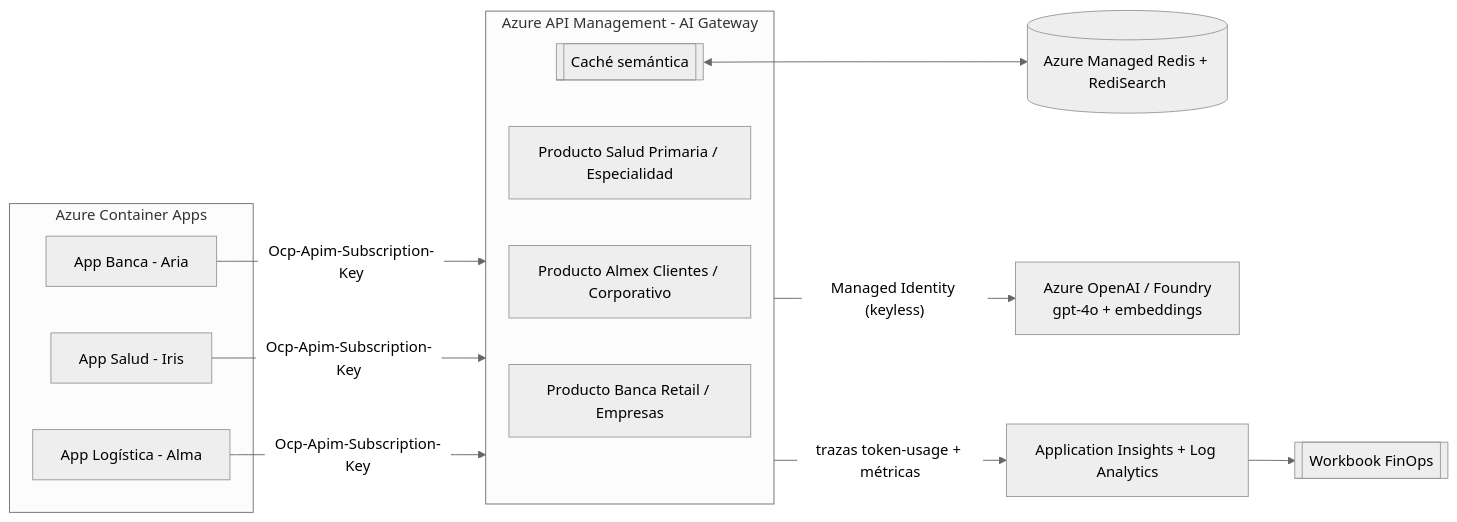
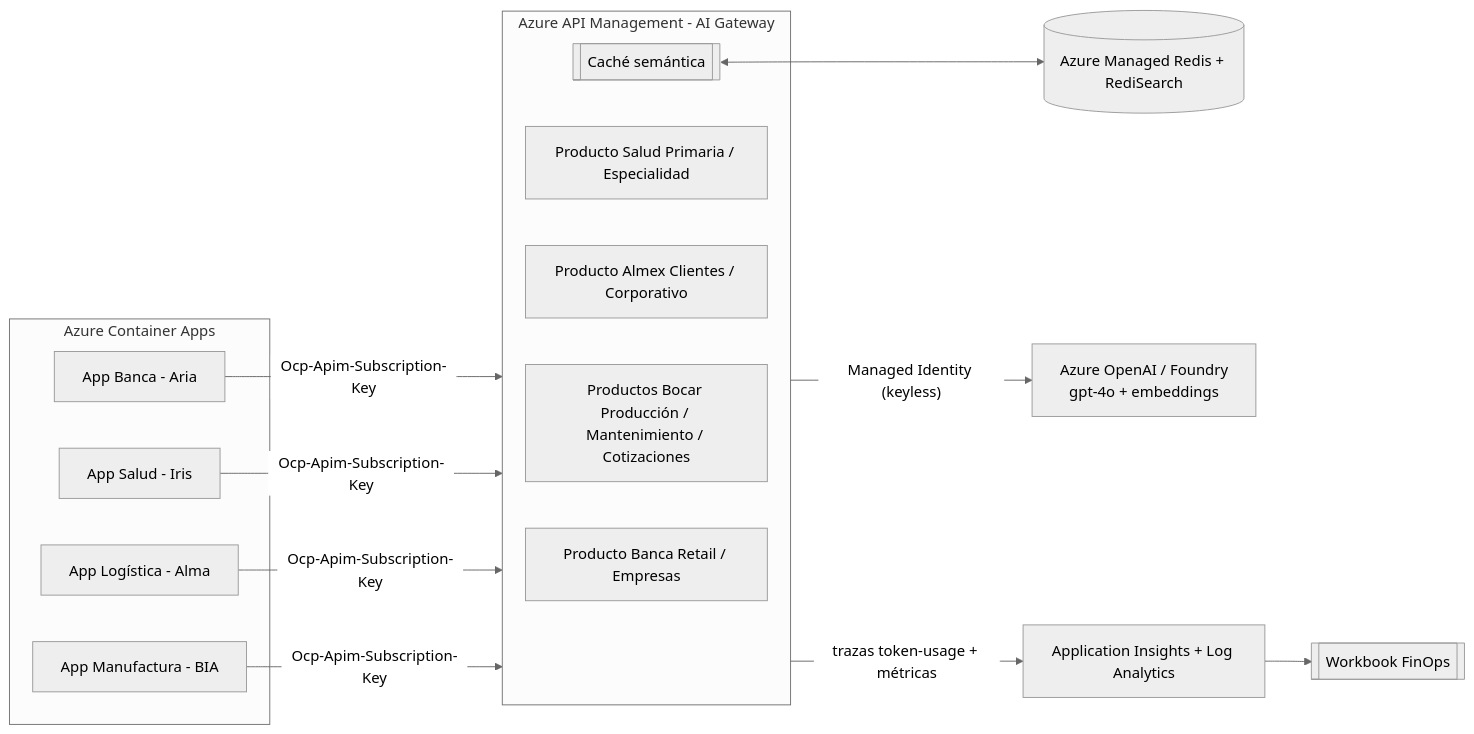
Before and after one commit to gracielars999/azure-ai-governance-demos: the diagram in README.md, drawn with Mermaid (neutral theme). The commit also changed other lines of this file and 25 other files, not shown here.

````diff
--- a/README.md
+++ b/README.md
@@ -63,26 +64,29 @@
 ```mermaid
 flowchart LR
     subgraph Apps[Azure Container Apps]
         B[App Banca - Aria]
         S[App Salud - Iris]
         A[App Logística - Alma]
+        M[App Manufactura - BIA]
     end
     subgraph GW[Azure API Management - AI Gateway]
         PB[Producto Banca Retail / Empresas]
         PS[Producto Salud Primaria / Especialidad]
         PA[Producto Almex Clientes / Corporativo]
+        PM[Productos Bocar Producción / Mantenimiento / Cotizaciones]
         CACHE[[Caché semántica]]
     end
     REDIS[(Azure Managed Redis + RediSearch)]
     FO[Azure OpenAI / Foundry\ngpt-4o + embeddings]
     AI[Application Insights + Log Analytics]
     WB[[Workbook FinOps]]
 
     B -- "Ocp-Apim-Subscription-Key" --> GW
     S -- "Ocp-Apim-Subscription-Key" --> GW
     A -- "Ocp-Apim-Subscription-Key" --> GW
+    M -- "Ocp-Apim-Subscription-Key" --> GW
     GW -- "Managed Identity (keyless)" --> FO
     CACHE <--> REDIS
     GW -- "trazas token-usage + métricas" --> AI
     AI --> WB
 ```
````
